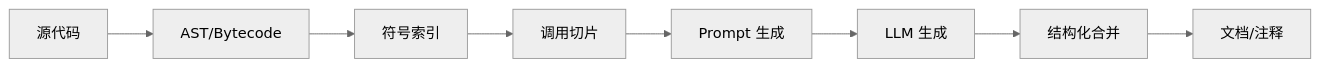
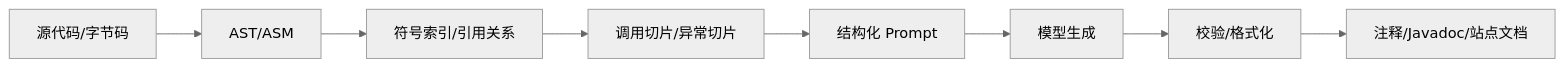
One commit to GeekyWizKid/blog changed the diagram in content/tech/gjavadoc-llm-docs/index.md. Above: the diagram before and after it, drawn with Mermaid (neutral theme). The commit also changed other lines of this file and 11 other files, not shown here.

````diff
--- a/content/tech/gjavadoc-llm-docs/index.md
+++ b/content/tech/gjavadoc-llm-docs/index.md
@@ -24,10 +17,10 @@
 ```mermaid
 flowchart LR
-  SRC[源代码] --> PARSE[AST/Bytecode]
-  PARSE --> INDEX[符号索引]
-  INDEX --> SLICE[调用切片]
-  SLICE --> PROMPT[Prompt 生成]
-  PROMPT --> LLM[LLM 生成]
-  LLM --> MERGE[结构化合并]
-  MERGE --> DOCS[文档/注释]
+  SRC[源代码/字节码] --> PARSE[AST/ASM]
+  PARSE --> INDEX[符号索引/引用关系]
+  INDEX --> SLICE[调用切片/异常切片]
+  SLICE --> PROMPT[结构化 Prompt]
+  PROMPT --> LLM[模型生成]
+  LLM --> MERGE[校验/格式化]
+  MERGE --> OUT[注释/Javadoc/站点文档]
 ```
````
